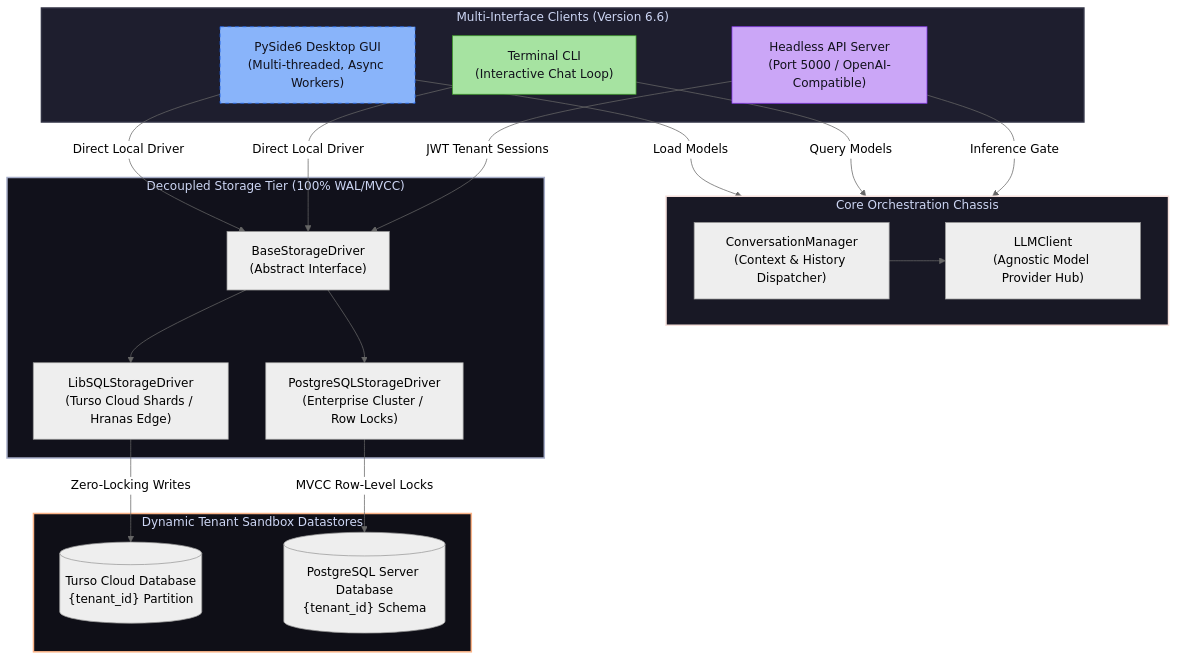
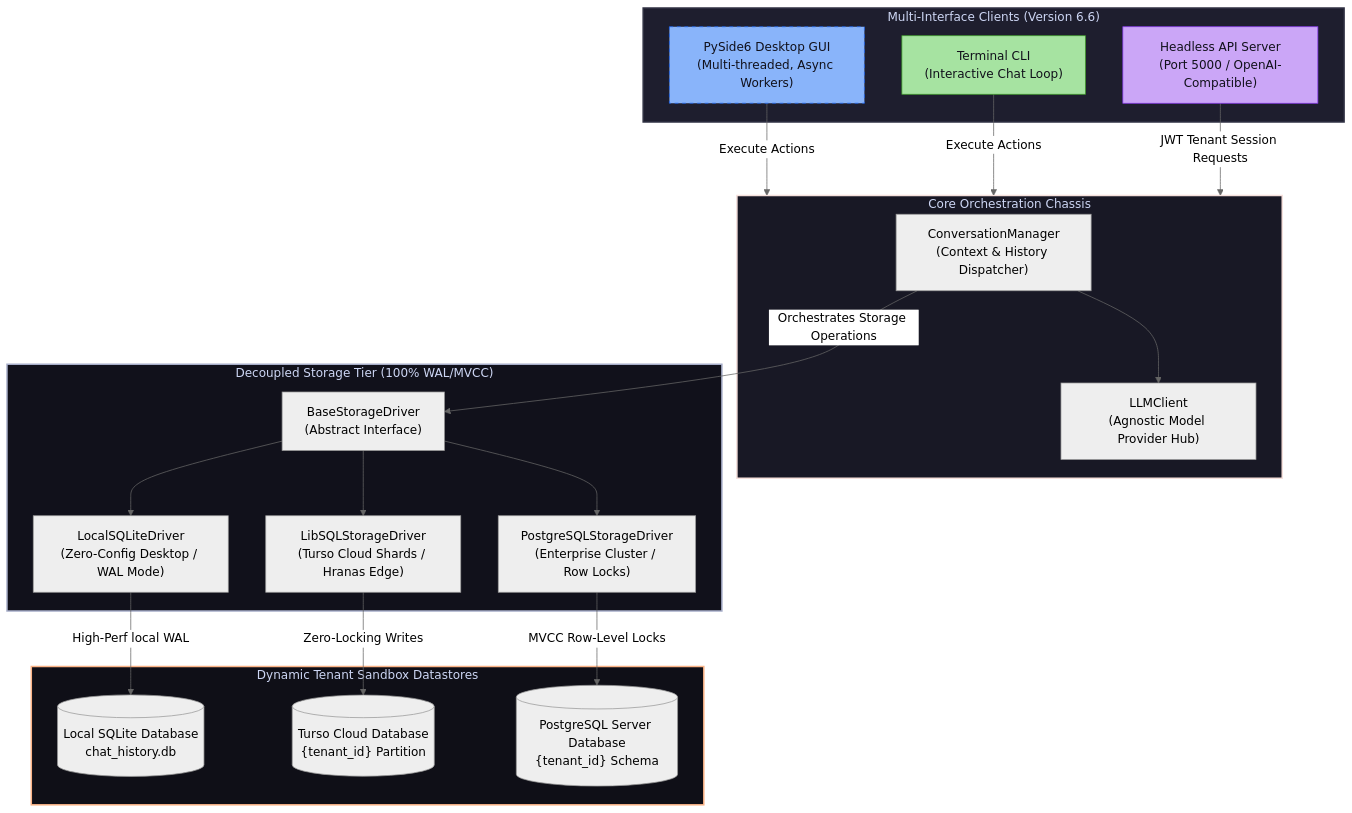
The diagram in README.md (Arean82/llm_chat_app), drawn with Mermaid (neutral theme) before and after one commit.

Commit message:
Corrected Readme

````diff
--- a/README.md
+++ b/README.md
@@ -247,53 +247,55 @@
 ```mermaid
 graph TD
     %% Client Layer
     subgraph Clients ["Multi-Interface Clients (Version 6.6)"]
         GUI["PySide6 Desktop GUI<br>(Multi-threaded, Async Workers)"]
         CLI["Terminal CLI<br>(Interactive Chat Loop)"]
         Headless["Headless API Server<br>(Port 5000 / OpenAI-Compatible)"]
     end
 
     %% Core Orchestration Layer
     subgraph Core ["Core Orchestration Chassis"]
         Mgr["ConversationManager<br>(Context & History Dispatcher)"]
         Client["LLMClient<br>(Agnostic Model Provider Hub)"]
         Mgr --> Client
     end
 
     %% Storage Drivers
     subgraph Storage ["Decoupled Storage Tier (100% WAL/MVCC)"]
         DriverContract["BaseStorageDriver<br>(Abstract Interface)"]
+        SQLiteDriver["LocalSQLiteDriver<br>(Zero-Config Desktop / WAL Mode)"]
         TursoDriver["LibSQLStorageDriver<br>(Turso Cloud Shards / Hranas Edge)"]
         PGDriver["PostgreSQLStorageDriver<br>(Enterprise Cluster / Row Locks)"]
         
+        DriverContract --> SQLiteDriver
         DriverContract --> TursoDriver
         DriverContract --> PGDriver
     end
 
     %% Multi-Tenant Sandbox Datastores
     subgraph Datastores ["Dynamic Tenant Sandbox Datastores"]
+        SQLiteDB[("Local SQLite Database<br>chat_history.db")]
         TursoDB[("Turso Cloud Database<br>{tenant_id} Partition")]
         PGDB[("PostgreSQL Server Database<br>{tenant_id} Schema")]
         
+        SQLiteDriver -->|High-Perf local WAL| SQLiteDB
         TursoDriver -->|Zero-Locking Writes| TursoDB
         PGDriver -->|MVCC Row-Level Locks| PGDB
     end
 
     %% Relations
-    GUI -->|Direct Local Driver| DriverContract
-    CLI -->|Direct Local Driver| DriverContract
-    Headless -->|JWT Tenant Sessions| DriverContract
+    GUI -->|Execute Actions| Core
+    CLI -->|Execute Actions| Core
+    Headless -->|JWT Tenant Session Requests| Core
     
-    GUI -->|Load Models| Core
-    CLI -->|Query Models| Core
-    Headless -->|Inference Gate| Core
+    Mgr -->|Orchestrates Storage Operations| DriverContract
 
     %% Styling
     style Clients fill:#1e1e2e,stroke:#313244,stroke-width:2px,color:#cdd6f4
     style Core fill:#181825,stroke:#f5e0dc,stroke-width:2px,color:#cdd6f4
     style Storage fill:#11111b,stroke:#a6adc8,stroke-width:2px,color:#cdd6f4
     style Datastores fill:#0f0f17,stroke:#fab387,stroke-width:2px,color:#cdd6f4
     style GUI fill:#89b4fa,stroke:#1e66f5,stroke-dasharray: 5 5,color:#11111b
     style CLI fill:#a6e3a1,stroke:#40a02b,color:#11111b
     style Headless fill:#cba6f7,stroke:#8839ef,color:#11111b
 ```
````
